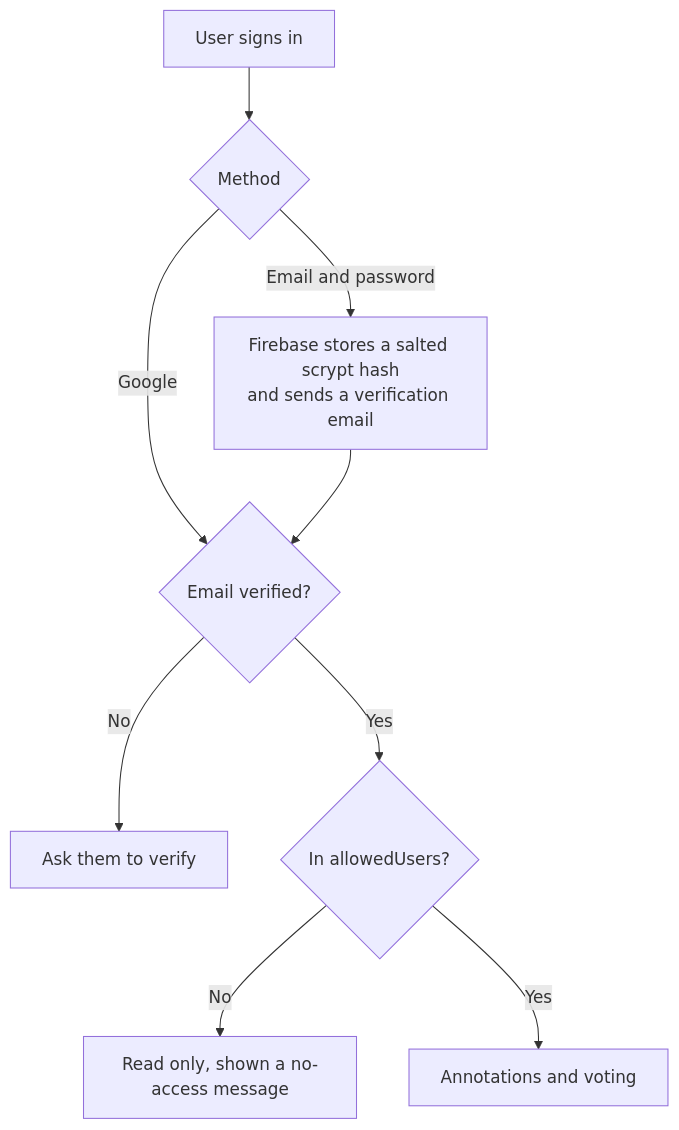
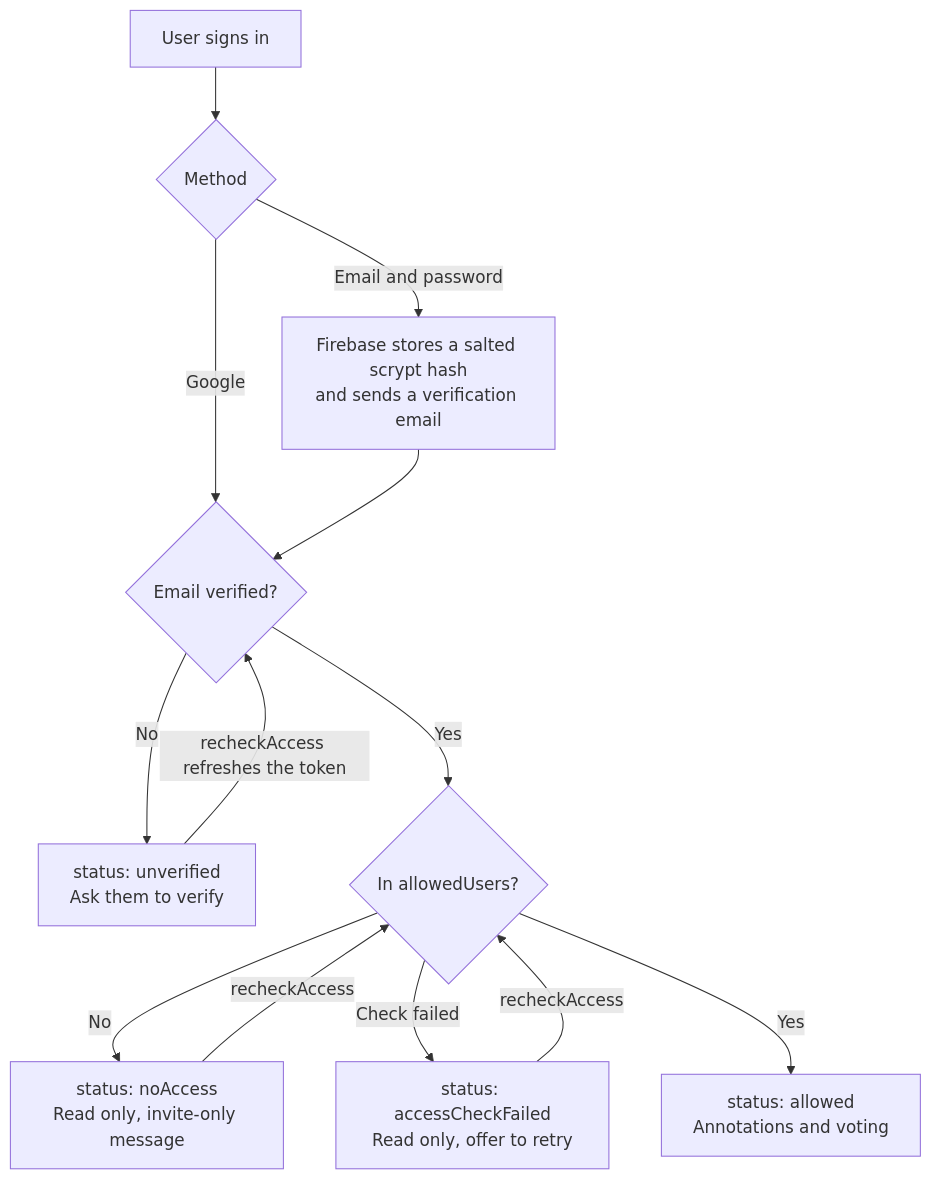
Before and after one commit to Valiance-Studios/bible-center: the fifth of 6 diagrams in ARCHITECTURE.md, drawn with Mermaid. The commit also changed other lines of this file and 33 other files, not shown here.

````diff
--- a/ARCHITECTURE.md
+++ b/ARCHITECTURE.md
@@ -295,11 +297,15 @@
 ```mermaid
 flowchart TD
   start["User signs in"] --> method{"Method"}
   method -- "Google" --> verified{"Email verified?"}
   method -- "Email and password" --> register["Firebase stores a salted scrypt hash<br/>and sends a verification email"]
   register --> verified
-  verified -- "No" --> prompt["Ask them to verify"]
+  verified -- "No" --> prompt["status: unverified<br/>Ask them to verify"]
+  prompt -- "recheckAccess refreshes the token" --> verified
   verified -- "Yes" --> allowed{"In allowedUsers?"}
-  allowed -- "No" --> denied["Read only, shown a no-access message"]
-  allowed -- "Yes" --> access["Annotations and voting"]
+  allowed -- "No" --> denied["status: noAccess<br/>Read only, invite-only message"]
+  allowed -- "Check failed" --> failed["status: accessCheckFailed<br/>Read only, offer to retry"]
+  allowed -- "Yes" --> access["status: allowed<br/>Annotations and voting"]
+  denied -- "recheckAccess" --> allowed
+  failed -- "recheckAccess" --> allowed
 ```
````
